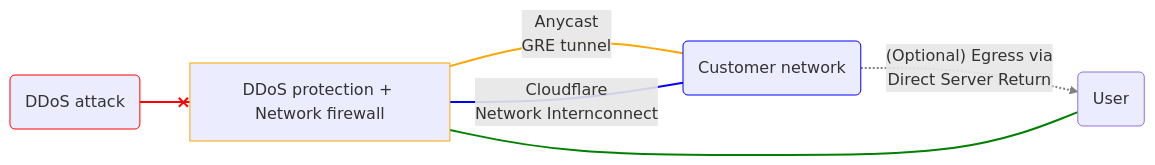
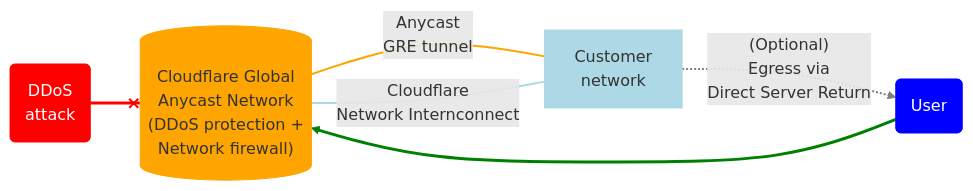
Before and after one commit to cloudflare/cloudflare-docs: the diagram in content/magic-transit/about.md, drawn with Mermaid.

Commit message:
updated mermaid about mt

````diff
--- a/content/magic-transit/about.md
+++ b/content/magic-transit/about.md
@@ -21,18 +21,26 @@
 ```mermaid
 flowchart LR
 accTitle: Magic Transit
 accDescr: Diagram showing how Magic Transit protects traffic on the customer's network.
-A(DDoS attack) --x B[DDoS protection + Network firewall]
-B[DDoS protection + Network firewall]-- Anycast <br> GRE tunnel ---C(Customer network)
-B[DDoS protection + Network firewall]-- Cloudflare <br> Network Internconnect ---C(Customer network)
-C(Customer network)-. "(Optional) Egress via <br> Direct Server Return" .-> D(User)
-D(User) --- B[DDoS protection + Network firewall]
-style A stroke: red
-style B stroke: orange
-style C stroke: blue
-linkStyle 0 stroke-width:2px,stroke:red
+
+A(DDoS <br> attack)
+B[("Cloudflare Global <br> Anycast Network <br> (DDoS protection + <br> Network firewall)")]
+C[Customer <br> network]
+D(User)
+
+A --x B
+B-- Anycast <br> GRE tunnel ---C
+B-- Cloudflare <br> Network Internconnect ---C
+C-. "(Optional) <br> Egress via <br> Direct Server Return" .-> D
+D --> B
+
+style A stroke: red,fill: red,color: white
+style B stroke: orange,fill: orange
+style C stroke: #ADD8E6,fill: #ADD8E6
+style D stroke: blue,fill: blue,color: white
+linkStyle 0 stroke-width:3px,stroke:red
 linkStyle 1 stroke-width:2px,stroke:orange
-linkStyle 2 stroke-width:2px,stroke:blue
+linkStyle 2 stroke-width:2px,stroke:#ADD8E6
 linkStyle 3 stroke-width:2px,stroke:gray
-linkStyle 4 stroke-width:2px,stroke:green
+linkStyle 4 stroke-width:3px,stroke:green
 ```
````
